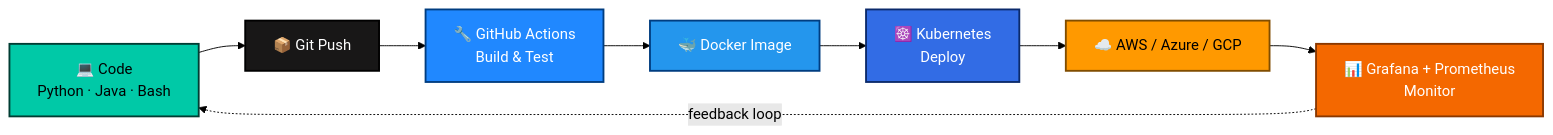
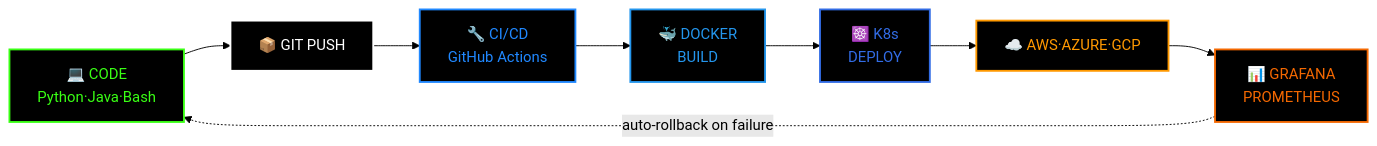
The diagram in README.md (Soumyadeepjana1/Soumyadeepjana1), drawn with Mermaid (forest theme) before and after one commit. The commit also changed other lines of this file, not shown here.

````diff
--- a/README.md
+++ b/README.md
@@ -119,18 +90,18 @@
 ```mermaid
 graph LR
-    A["💻 Code<br/>Python · Java · Bash"] --> B["📦 Git Push"]
-    B --> C["🔧 GitHub Actions<br/>Build & Test"]
-    C --> D["🐳 Docker Image"]
-    D --> E["☸️ Kubernetes<br/>Deploy"]
-    E --> F["☁️ AWS / Azure / GCP"]
-    F --> G["📊 Grafana + Prometheus<br/>Monitor"]
-    G -. feedback loop .-> A
+    A["💻 CODE<br/>Python·Java·Bash"]:::a --> B["📦 GIT PUSH"]:::b
+    B --> C["🔧 CI/CD<br/>GitHub Actions"]:::c
+    C --> D["🐳 DOCKER<br/>BUILD"]:::d
+    D --> E["☸️ K8s<br/>DEPLOY"]:::e
+    E --> F["☁️ AWS·AZURE·GCP"]:::f
+    F --> G["📊 GRAFANA<br/>PROMETHEUS"]:::g
+    G -. "auto-rollback on failure" .-> A
 
-    style A fill:#00c9a7,stroke:#003d33,color:#000,stroke-width:2px
-    style B fill:#181717,stroke:#000,color:#fff,stroke-width:2px
-    style C fill:#2088FF,stroke:#003d80,color:#fff,stroke-width:2px
-    style D fill:#2496ED,stroke:#003d80,color:#fff,stroke-width:2px
-    style E fill:#326CE5,stroke:#0b2a6b,color:#fff,stroke-width:2px
-    style F fill:#FF9900,stroke:#804d00,color:#000,stroke-width:2px
-    style G fill:#F46800,stroke:#8a3800,color:#fff,stroke-width:2px
+    classDef a fill:#000,stroke:#39ff14,color:#39ff14,stroke-width:2px
+    classDef b fill:#000,stroke:#fff,color:#fff,stroke-width:2px
+    classDef c fill:#000,stroke:#2088FF,color:#2088FF,stroke-width:2px
+    classDef d fill:#000,stroke:#2496ED,color:#2496ED,stroke-width:2px
+    classDef e fill:#000,stroke:#326CE5,color:#326CE5,stroke-width:2px
+    classDef f fill:#000,stroke:#FF9900,color:#FF9900,stroke-width:2px
+    classDef g fill:#000,stroke:#F46800,color:#F46800,stroke-width:2px
 ```
````
